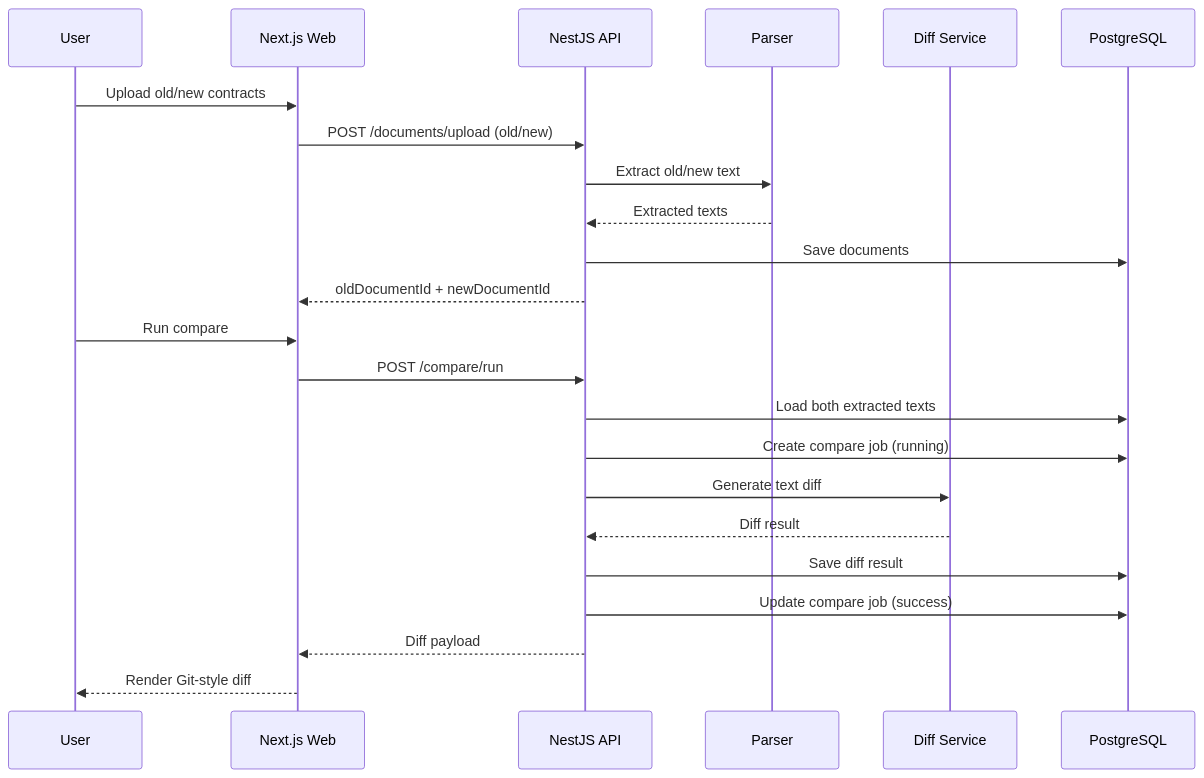
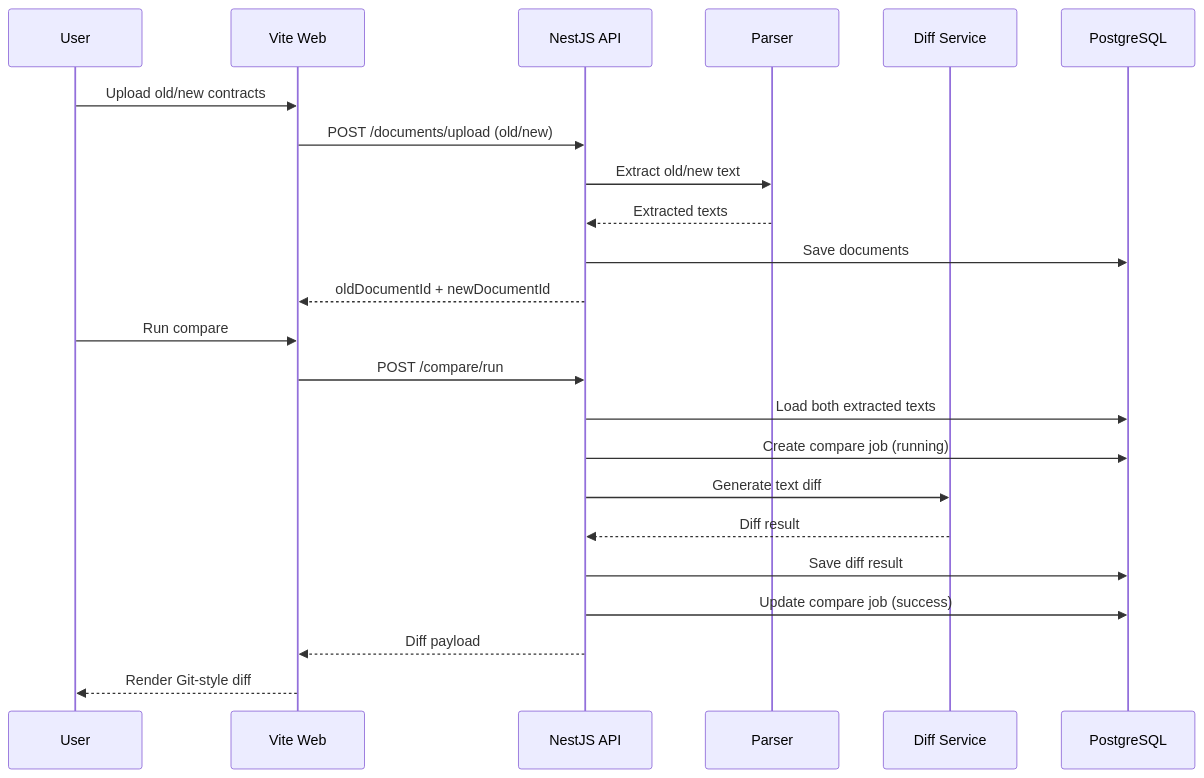
One commit to yangsa666-g/amplify changed the fourth of 5 diagrams in TECH_SPEC.md. Above: the diagram before and after it, drawn with Mermaid. The commit also changed other lines of this file and 95 other files, not shown here.

First line of the commit message:
feat(web): build complete Vite + React frontend for Contract AI Review

````diff
--- a/TECH_SPEC.md
+++ b/TECH_SPEC.md
@@ -460,28 +460,28 @@
 ```mermaid
 sequenceDiagram
     participant U as User
-    participant W as Next.js Web
+    participant W as Vite Web
     participant A as NestJS API
     participant P as Parser
     participant D as Diff Service
     participant DB as PostgreSQL
 
     U->>W: Upload old/new contracts
     W->>A: POST /documents/upload (old/new)
     A->>P: Extract old/new text
     P-->>A: Extracted texts
     A->>DB: Save documents
     A-->>W: oldDocumentId + newDocumentId
 
     U->>W: Run compare
     W->>A: POST /compare/run
     A->>DB: Load both extracted texts
     A->>DB: Create compare job (running)
     A->>D: Generate text diff
     D-->>A: Diff result
     A->>DB: Save diff result
     A->>DB: Update compare job (success)
     A-->>W: Diff payload
 
     W-->>U: Render Git-style diff
 ```
````
